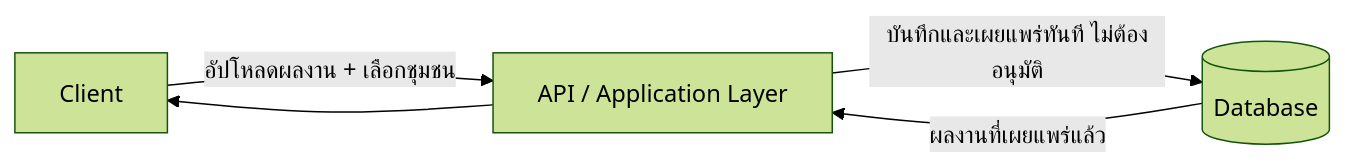
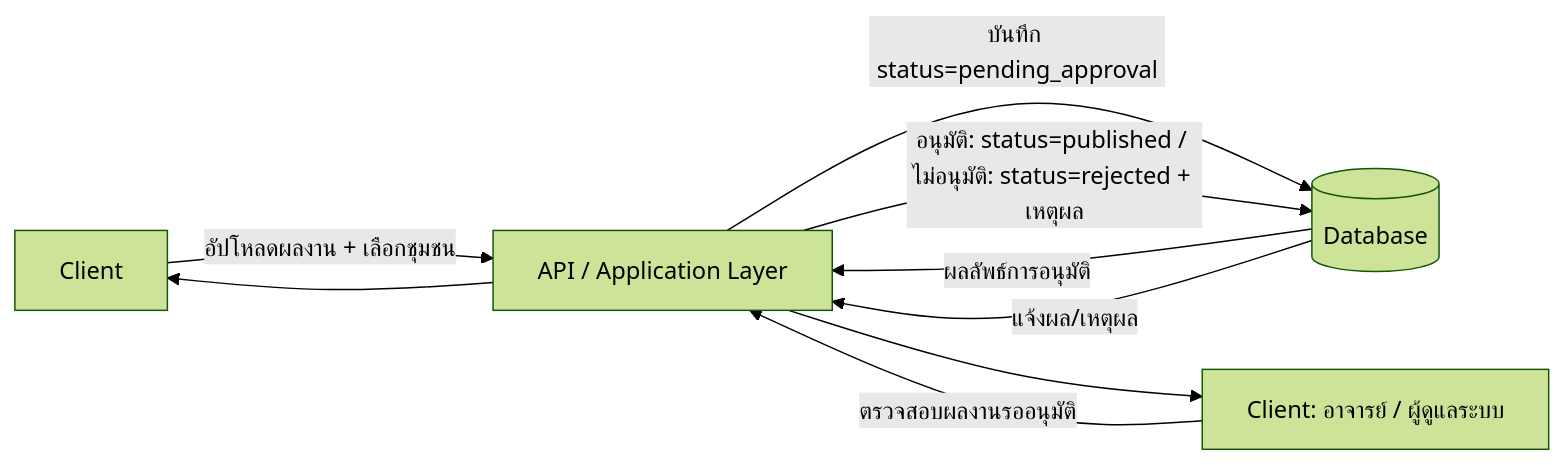
One commit to b5810202241-cpu/Local-Story-Hub changed the third of 4 diagrams in docs/02-design/02-technical/architecture.md. Above: the diagram before and after it, drawn with Mermaid (forest theme). The commit also changed other lines of this file and 8 other files, not shown here.

````diff
--- a/docs/02-design/02-technical/architecture.md
+++ b/docs/02-design/02-technical/architecture.md
@@ -59,6 +59,9 @@
 ```mermaid
 flowchart LR
   Client -->|อัปโหลดผลงาน + เลือกชุมชน| API[API / Application Layer]
-  API -->|บันทึกและเผยแพร่ทันที ไม่ต้องอนุมัติ| DB[(Database)]
-  DB -->|ผลงานที่เผยแพร่แล้ว| API --> Client
+  API -->|บันทึก status=pending_approval| DB[(Database)]
+  Admin[Client: อาจารย์ / ผู้ดูแลระบบ] -->|ตรวจสอบผลงานรออนุมัติ| API
+  API -->|อนุมัติ: status=published / ไม่อนุมัติ: status=rejected + เหตุผล| DB
+  DB -->|ผลลัพธ์การอนุมัติ| API --> Admin
+  DB -->|แจ้งผล/เหตุผล| API --> Client
 ```
````
